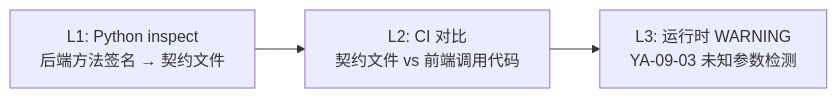
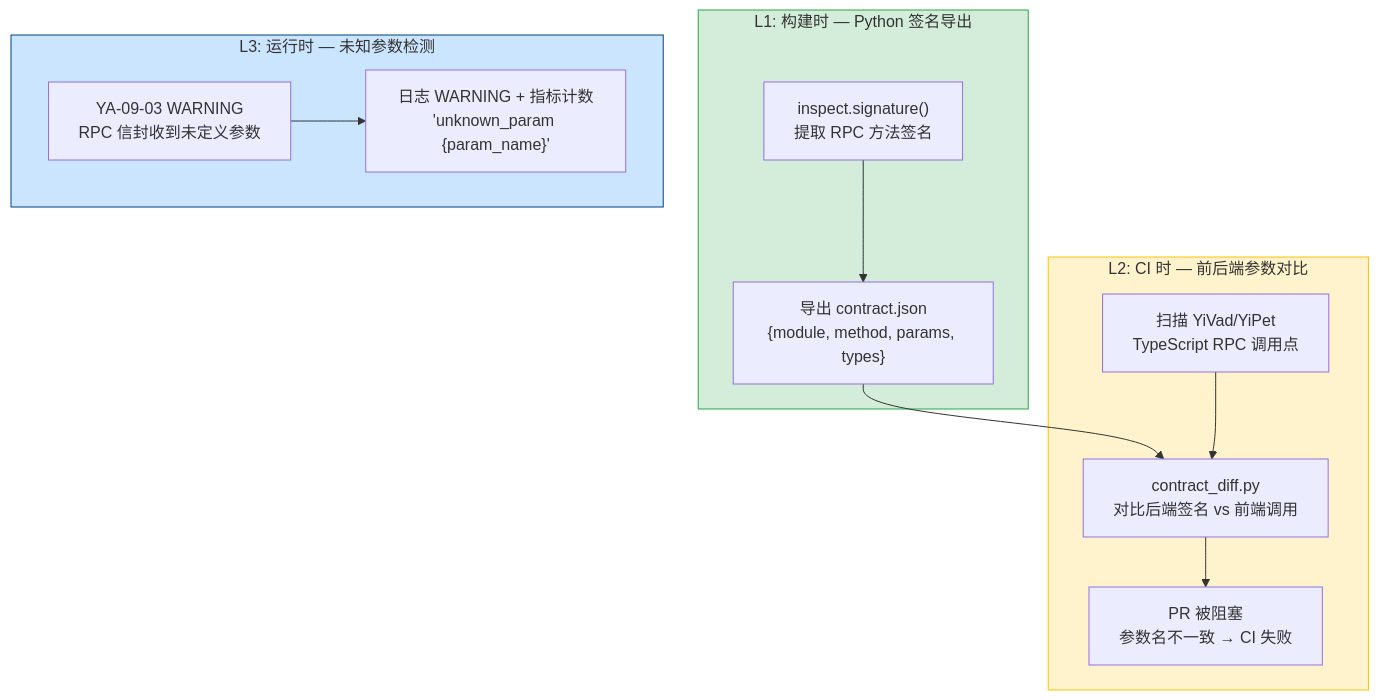
Before and after one commit to effiy/YrY: the diagram in YiKnowledge/projects/yiai/devs/2026-09/14-prd-task-RPC契约测试与类型同步.md, drawn with Mermaid. The commit also changed other lines of this file and 4958 other files, not shown here.

````diff
--- a/YiKnowledge/projects/yiai/devs/2026-09/14-prd-task-RPC契约测试与类型同步.md
+++ b/YiKnowledge/projects/yiai/devs/2026-09/14-prd-task-RPC契约测试与类型同步.md
@@ -39,5 +35,28 @@
 ```mermaid
-flowchart LR
-  L1["L1: Python inspect<br/>后端方法签名 → 契约文件"] --> L2["L2: CI 对比<br/>契约文件 vs 前端调用代码"]
-  L2 --> L3["L3: 运行时 WARNING<br/>YA-09-03 未知参数检测"]
+graph TD
+  subgraph L1["L1: 构建时 — Python 签名导出"]
+    INSPECT["inspect.signature()<br/>提取 RPC 方法签名"]
+    EXPORT["导出 contract.json<br/>{module, method, params, types}"]
+  end
+
+  subgraph L2["L2: CI 时 — 前后端参数对比"]
+    TS_SCAN["扫描 YiVad/YiPet<br/>TypeScript RPC 调用点"]
+    DIFF["contract_diff.py<br/>对比后端签名 vs 前端调用"]
+    BLOCK["PR 被阻塞<br/>参数名不一致 → CI 失败"]
+  end
+
+  subgraph L3["L3: 运行时 — 未知参数检测"]
+    RUNTIME["YA-09-03 WARNING<br/>RPC 信封收到未定义参数"]
+    ALERT["日志 WARNING + 指标计数<br/>'unknown_param {param_name}'"]
+  end
+
+  INSPECT --> EXPORT
+  EXPORT --> DIFF
+  TS_SCAN --> DIFF
+  DIFF --> BLOCK
+  RUNTIME --> ALERT
+
+  style L1 fill:#d4edda,stroke:#28a745
+  style L2 fill:#fff3cd,stroke:#ffc107
+  style L3 fill:#cce5ff,stroke:#004085
 ```
````
